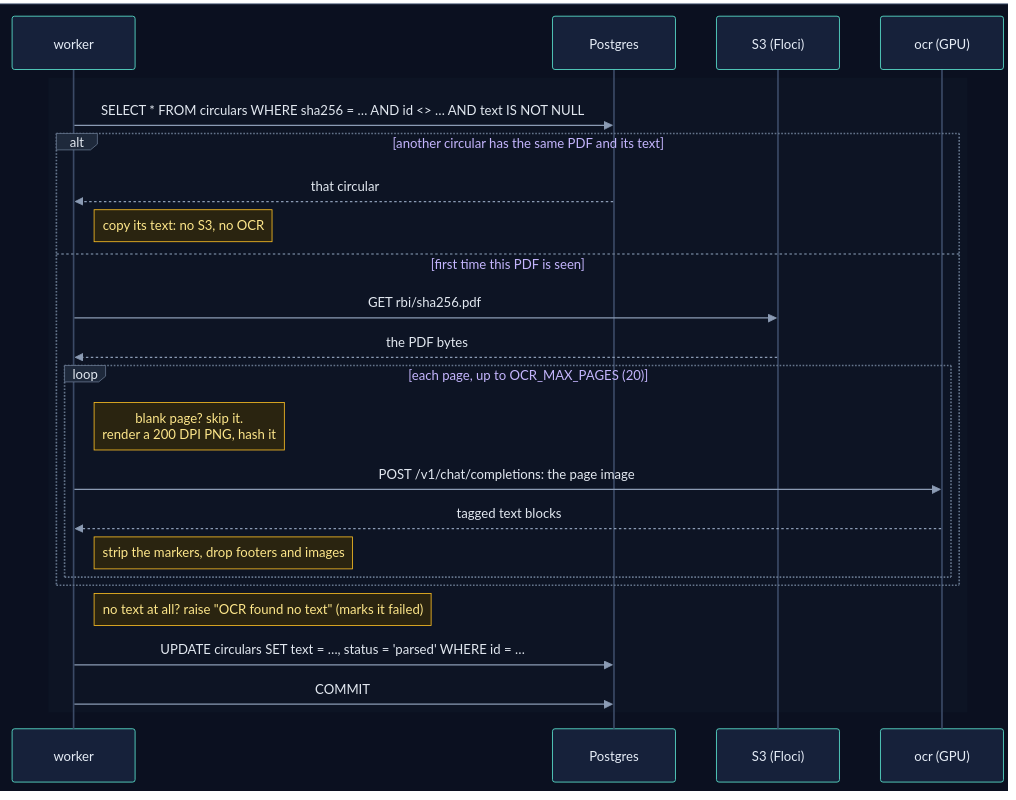
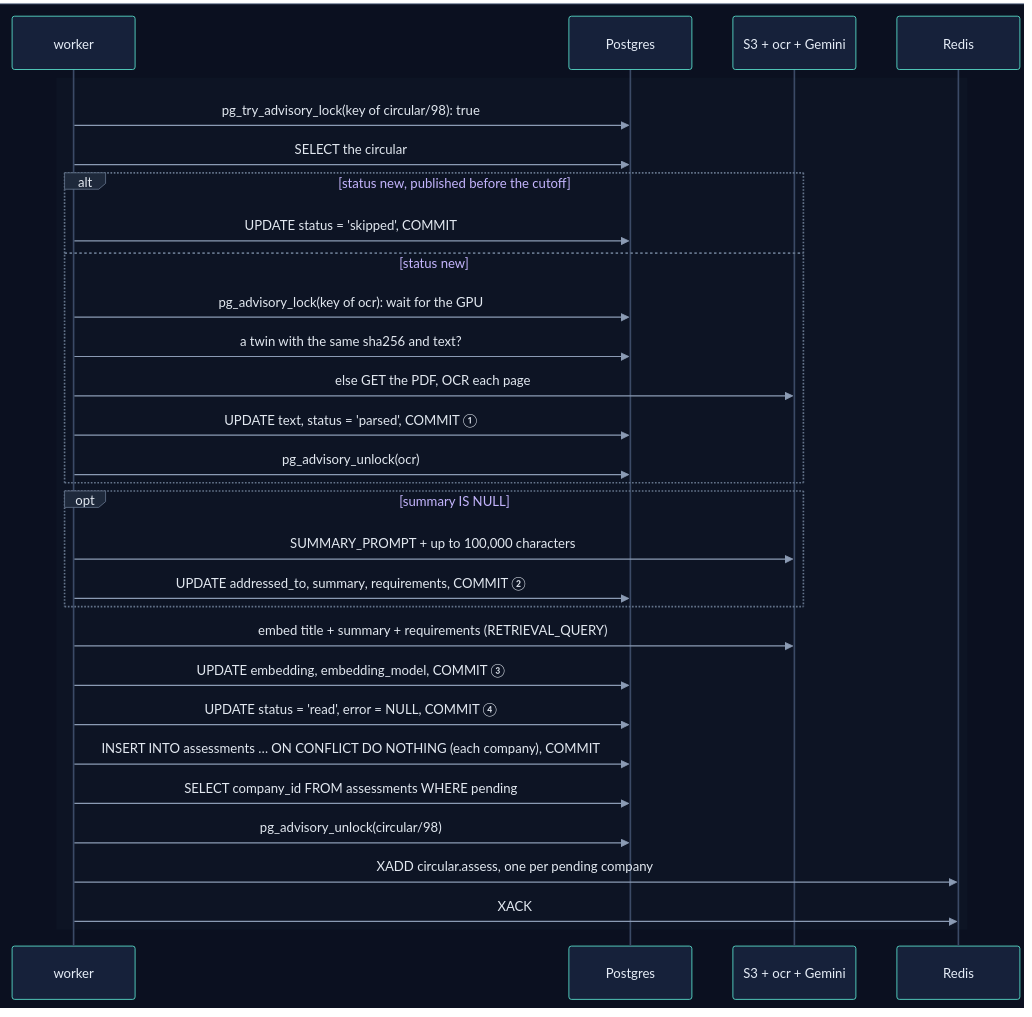
One commit to selvakumarperumal/Regulatory_Circular_Impact_Agent changed the tenth of 19 diagrams in backend/worker/INTERNALS.md. Above: the diagram before and after it, drawn with Mermaid. The commit also changed other lines of this file and 8 other files, not shown here.

````diff
--- a/backend/worker/INTERNALS.md
+++ b/backend/worker/INTERNALS.md
@@ -522,30 +534,36 @@
 ```mermaid
 %%{init: {"theme": "base", "sequence": {"diagramMarginX": 0, "diagramMarginY": 0}, "themeVariables": {"darkMode": true, "primaryColor": "#16213a", "primaryTextColor": "#e6edf7", "primaryBorderColor": "#475a7a", "lineColor": "#8b9bb4", "secondaryColor": "#1b2436", "tertiaryColor": "#101a2e", "edgeLabelBackground": "#0f172a", "textColor": "#e2e8f0", "actorBkg": "#16213a", "actorBorder": "#5eead4", "actorTextColor": "#e6edf7", "actorLineColor": "#3b4a66", "signalColor": "#8b9bb4", "signalTextColor": "#e2e8f0", "noteBkgColor": "#2a2410", "noteBorderColor": "#fbbf24", "noteTextColor": "#fde68a", "labelBoxBkgColor": "#1e293b", "labelBoxBorderColor": "#64748b", "labelTextColor": "#e2e8f0", "loopTextColor": "#c4b5fd", "sequenceNumberColor": "#0b1020", "activationBkgColor": "#1e293b"}}}%%
 sequenceDiagram
     box rgb(11, 16, 32)
         participant K as worker
         participant PG as Postgres
-        participant S3 as S3 (Floci)
-        participant O as ocr (GPU)
+        participant X as S3 + ocr + Gemini
+        participant R as Redis
     end
 
     rect rgb(13, 20, 36)
-        K->>PG: SELECT * FROM circulars WHERE sha256 = … AND id <> … AND text IS NOT NULL
-        alt another circular has the same PDF and its text
-            PG-->>K: that circular
-            Note right of K: copy its text: no S3, no OCR
-        else first time this PDF is seen
-            K->>S3: GET rbi/sha256.pdf
-            S3-->>K: the PDF bytes
-            loop each page, up to OCR_MAX_PAGES (20)
-                Note right of K: blank page? skip it.<br/>render a 200 DPI PNG, hash it
-                K->>O: POST /v1/chat/completions: the page image
-                O-->>K: tagged text blocks
-                Note right of K: strip the markers, drop footers and images
-            end
+        K->>PG: pg_try_advisory_lock(key of circular/98): true
+        K->>PG: SELECT the circular
+        alt status new, published before the cutoff
+            K->>PG: UPDATE status = 'skipped', COMMIT
+        else status new
+            K->>PG: pg_advisory_lock(key of ocr): wait for the GPU
+            K->>PG: a twin with the same sha256 and text?
+            K->>X: else GET the PDF, OCR each page
+            K->>PG: UPDATE text, status = 'parsed', COMMIT ①
+            K->>PG: pg_advisory_unlock(ocr)
         end
-        Note right of K: no text at all? raise "OCR found no text" (marks it failed)
-        K->>PG: UPDATE circulars SET text = …, status = 'parsed' WHERE id = …
-        K->>PG: COMMIT
+        opt summary IS NULL
+            K->>X: SUMMARY_PROMPT + up to 100,000 characters
+            K->>PG: UPDATE addressed_to, summary, requirements, COMMIT ②
+        end
+        K->>X: embed title + summary + requirements (RETRIEVAL_QUERY)
+        K->>PG: UPDATE embedding, embedding_model, COMMIT ③
+        K->>PG: UPDATE status = 'read', error = NULL, COMMIT ④
+        K->>PG: INSERT INTO assessments … ON CONFLICT DO NOTHING (each company), COMMIT
+        K->>PG: SELECT company_id FROM assessments WHERE pending
+        K->>PG: pg_advisory_unlock(circular/98)
+        K->>R: XADD circular.assess, one per pending company
+        K->>R: XACK
     end
 ```
````
